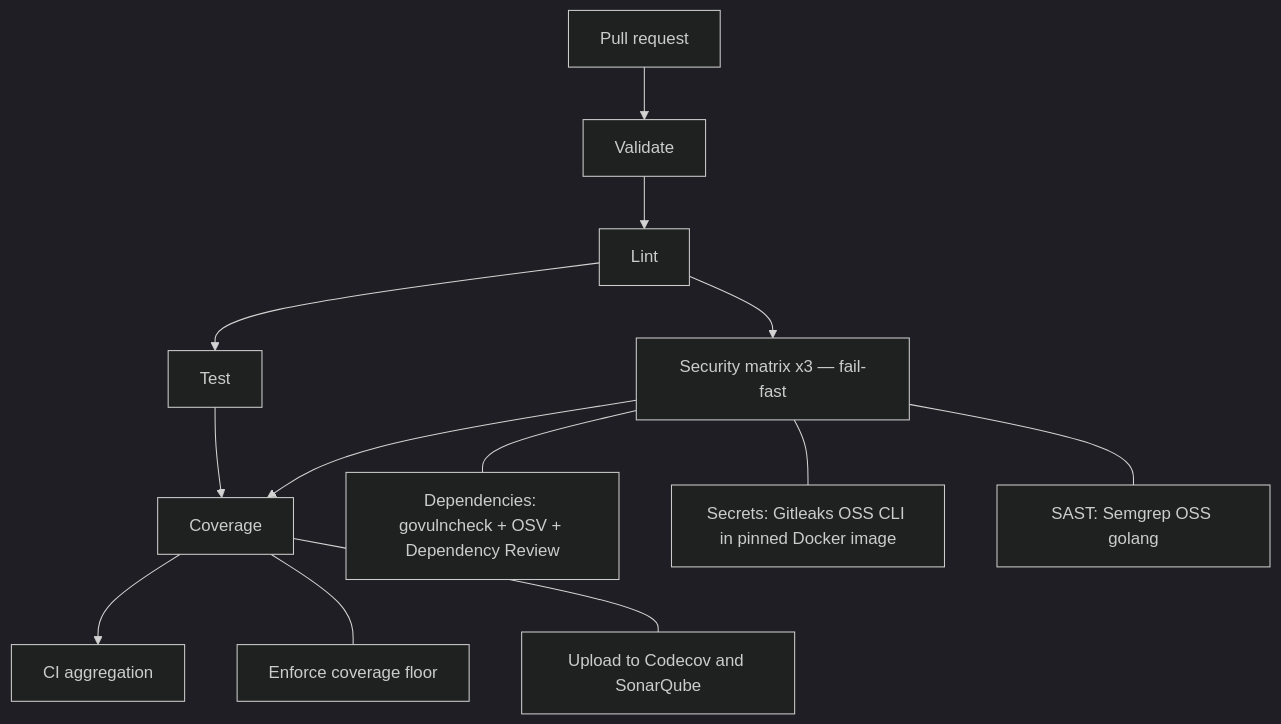
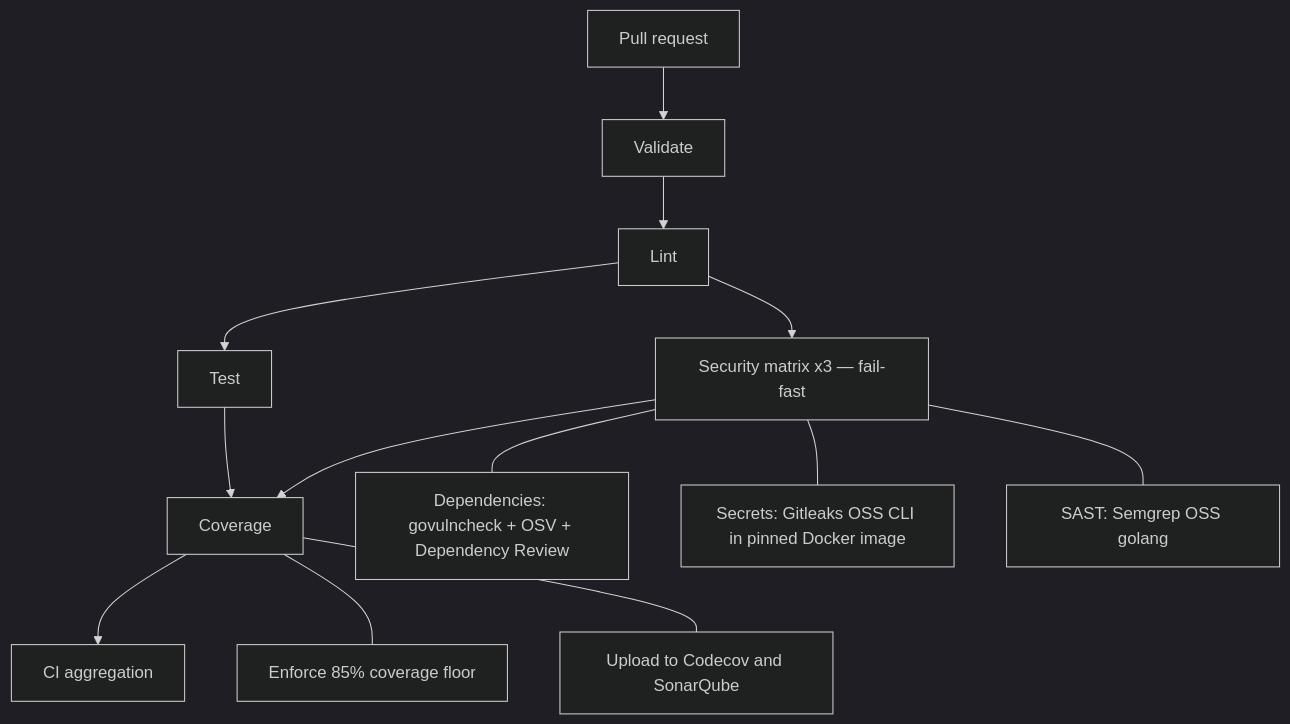
The second of 2 diagrams in WORKFLOWS.md (jooservices/go-jabledownloader), drawn with Mermaid (dark theme) before and after one commit. The commit also changed other lines of this file and 20 other files, not shown here.

First line of the commit message:
test: Raise coverage floor to 85% and fix README badges

````diff
--- a/WORKFLOWS.md
+++ b/WORKFLOWS.md
@@ -50,16 +50,16 @@
 ```mermaid
 flowchart TD
     PR[Pull request] --> V[Validate]
     V --> L[Lint]
     L --> S[Security matrix x3 — fail-fast]
     L --> T[Test]
     S --> C[Coverage]
     T --> C
     C --> Gate[CI aggregation]
 
     S --- S1[Dependencies: govulncheck + OSV + Dependency Review]
     S --- S2[Secrets: Gitleaks OSS CLI in pinned Docker image]
     S --- S3[SAST: Semgrep OSS golang]
-    C --- C1[Enforce coverage floor]
+    C --- C1[Enforce 85% coverage floor]
     C --- C2[Upload to Codecov and SonarQube]
 ```
````
